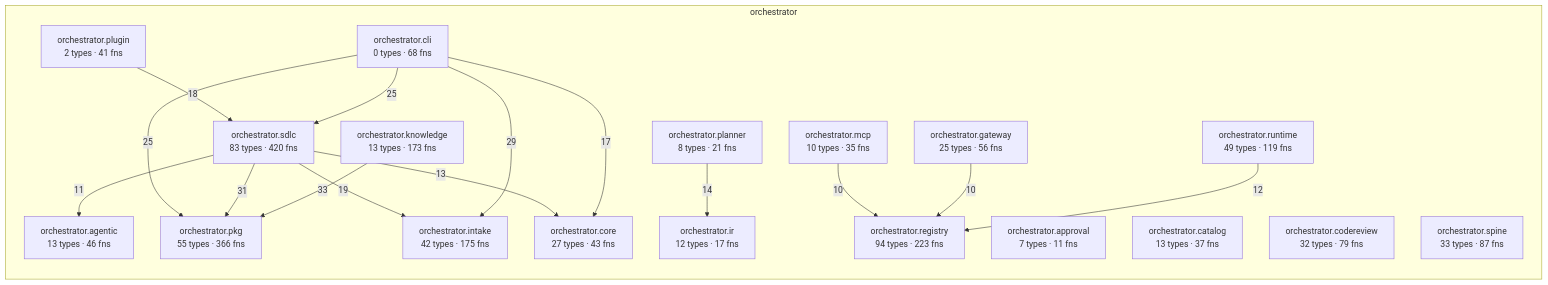
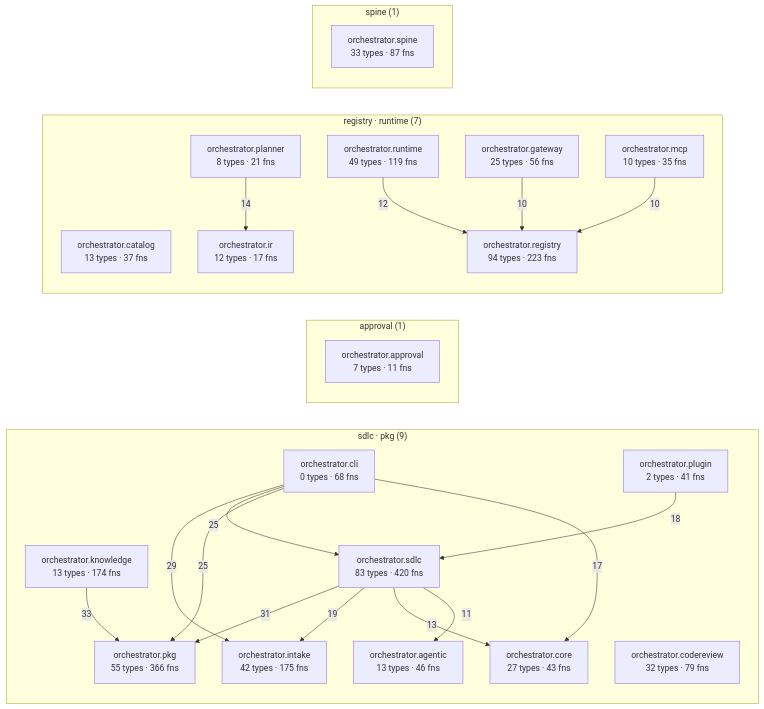
Before and after one commit to synaptixs/spine: the diagram in episteme/architecture.md, drawn with Mermaid. The commit also changed other lines of this file and 9 other files, not shown here.

````diff
--- a/episteme/architecture.md
+++ b/episteme/architecture.md
@@ -54,37 +54,43 @@
 ```mermaid
 flowchart LR
-  subgraph z_orchestrator["orchestrator"]
+  subgraph c_1["sdlc · pkg (9)"]
     aorchestratoragentic["orchestrator.agentic<br/>13 types · 46 fns"]
-    aorchestratorapproval["orchestrator.approval<br/>7 types · 11 fns"]
-    aorchestratorcatalog["orchestrator.catalog<br/>13 types · 37 fns"]
     aorchestratorcli["orchestrator.cli<br/>0 types · 68 fns"]
     aorchestratorcodereview["orchestrator.codereview<br/>32 types · 79 fns"]
     aorchestratorcore["orchestrator.core<br/>27 types · 43 fns"]
+    aorchestratorintake["orchestrator.intake<br/>42 types · 175 fns"]
+    aorchestratorknowledge["orchestrator.knowledge<br/>13 types · 174 fns"]
+    aorchestratorpkg["orchestrator.pkg<br/>55 types · 366 fns"]
+    aorchestratorplugin["orchestrator.plugin<br/>2 types · 41 fns"]
+    aorchestratorsdlc["orchestrator.sdlc<br/>83 types · 420 fns"]
+  end
+  subgraph c_2["approval (1)"]
+    aorchestratorapproval["orchestrator.approval<br/>7 types · 11 fns"]
+  end
+  subgraph c_3["registry · runtime (7)"]
+    aorchestratorcatalog["orchestrator.catalog<br/>13 types · 37 fns"]
     aorchestratorgateway["orchestrator.gateway<br/>25 types · 56 fns"]
-    aorchestratorintake["orchestrator.intake<br/>42 types · 175 fns"]
     aorchestratorir["orchestrator.ir<br/>12 types · 17 fns"]
-    aorchestratorknowledge["orchestrator.knowledge<br/>13 types · 173 fns"]
     aorchestratormcp["orchestrator.mcp<br/>10 types · 35 fns"]
-    aorchestratorpkg["orchestrator.pkg<br/>55 types · 366 fns"]
     aorchestratorplanner["orchestrator.planner<br/>8 types · 21 fns"]
-    aorchestratorplugin["orchestrator.plugin<br/>2 types · 41 fns"]
     aorchestratorregistry["orchestrator.registry<br/>94 types · 223 fns"]
     aorchestratorruntime["orchestrator.runtime<br/>49 types · 119 fns"]
-    aorchestratorsdlc["orchestrator.sdlc<br/>83 types · 420 fns"]
+  end
+  subgraph c_10["spine (1)"]
     aorchestratorspine["orchestrator.spine<br/>33 types · 87 fns"]
   end
   aorchestratorknowledge -->|33| aorchestratorpkg
   aorchestratorsdlc -->|31| aorchestratorpkg
   aorchestratorcli -->|29| aorchestratorintake
   aorchestratorcli -->|25| aorchestratorsdlc
   aorchestratorcli -->|25| aorchestratorpkg
   aorchestratorsdlc -->|19| aorchestratorintake
   aorchestratorplugin -->|18| aorchestratorsdlc
   aorchestratorcli -->|17| aorchestratorcore
   aorchestratorplanner -->|14| aorchestratorir
   aorchestratorsdlc -->|13| aorchestratorcore
   aorchestratorruntime -->|12| aorchestratorregistry
   aorchestratorsdlc -->|11| aorchestratoragentic
   aorchestratorgateway -->|10| aorchestratorregistry
   aorchestratormcp -->|10| aorchestratorregistry
 ```
````
